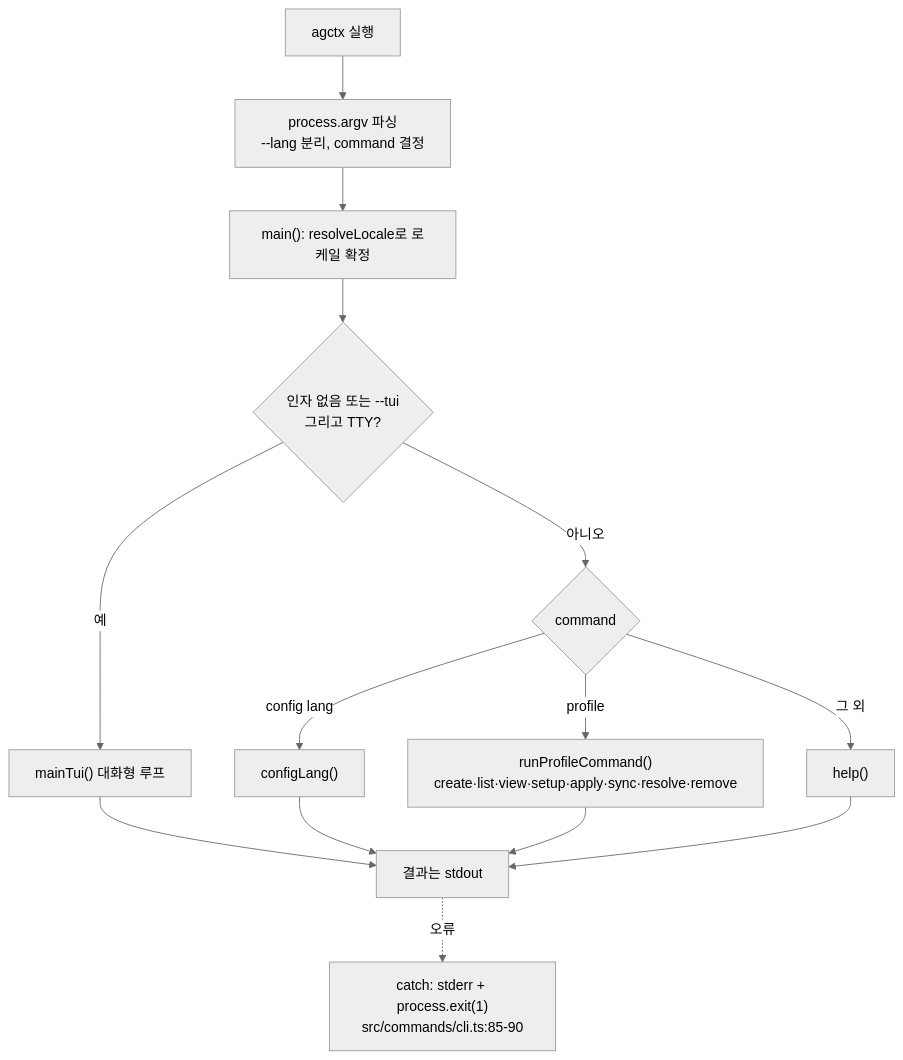
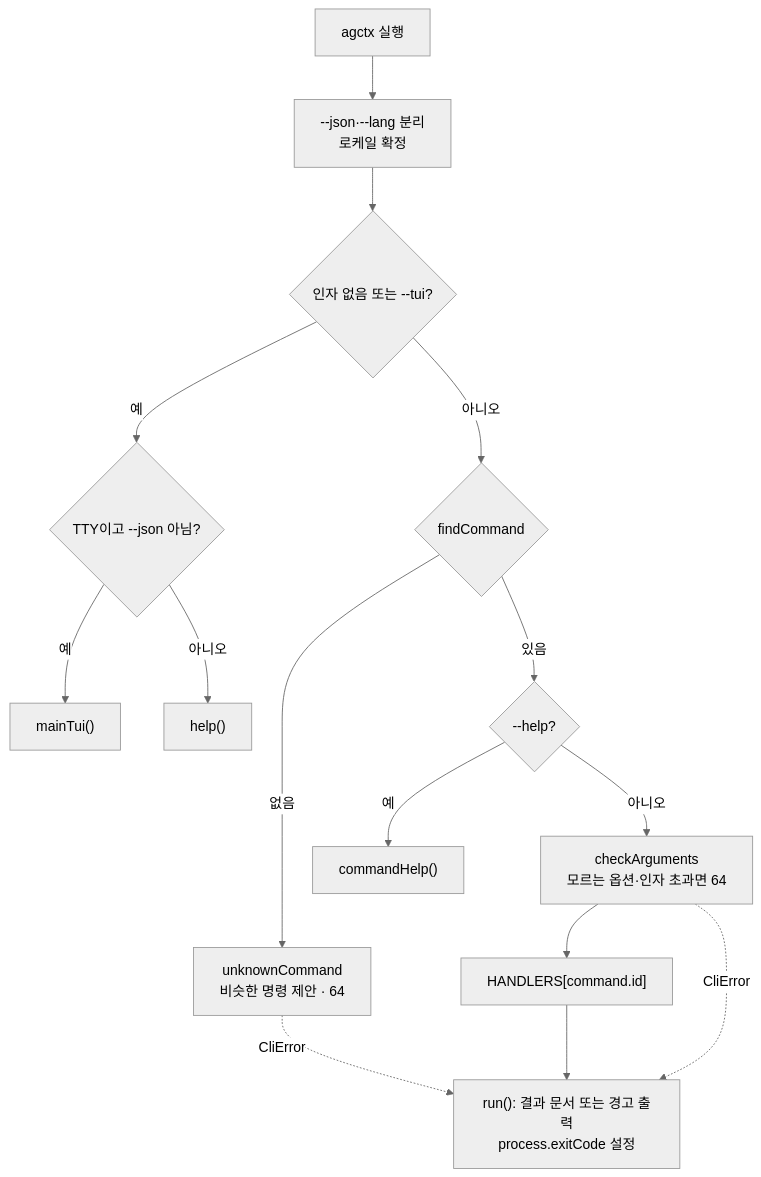
One commit to IsthisLee/agent-context-manager changed the second of 11 diagrams in docs/architecture/implementation-mechanics.md. Above: the diagram before and after it, drawn with Mermaid (neutral theme). The commit also changed other lines of this file and 60 other files, not shown here.

````diff
--- a/docs/architecture/implementation-mechanics.md
+++ b/docs/architecture/implementation-mechanics.md
@@ -78,16 +81,17 @@
 ```mermaid
 flowchart TD
-  A["agctx 실행"] --> B["process.argv 파싱<br/>--lang 분리, command 결정"]
-  B --> C["main(): resolveLocale로 로케일 확정"]
-  C --> D{"인자 없음 또는 --tui<br/>그리고 TTY?"}
-  D -->|"예"| TUI["mainTui() 대화형 루프"]
-  D -->|"아니오"| E{"command"}
-  E -->|"config lang"| LANG["configLang()"]
-  E -->|"profile"| PROF["runProfileCommand()<br/>create·list·view·setup·apply·sync·resolve·remove"]
-  E -->|"그 외"| HELP["help()"]
-  TUI --> Z["결과는 stdout"]
-  LANG --> Z
-  PROF --> Z
-  HELP --> Z
-  Z -.->|"오류"| ERR["catch: stderr + process.exit(1)<br/>src/commands/cli.ts:85-90"]
+  A["agctx 실행"] --> B["--json·--lang 분리<br/>로케일 확정"]
+  B --> C{"인자 없음 또는 --tui?"}
+  C -->|"예"| D{"TTY이고 --json 아님?"}
+  D -->|"예"| TUI["mainTui()"]
+  D -->|"아니오"| HELP["help()"]
+  C -->|"아니오"| F{"findCommand"}
+  F -->|"없음"| U["unknownCommand<br/>비슷한 명령 제안 · 64"]
+  F -->|"있음"| G{"--help?"}
+  G -->|"예"| CH["commandHelp()"]
+  G -->|"아니오"| K["checkArguments<br/>모르는 옵션·인자 초과면 64"]
+  K --> H["HANDLERS[command.id]"]
+  H --> R["run(): 결과 문서 또는 경고 출력<br/>process.exitCode 설정"]
+  U -.->|"CliError"| R
+  K -.->|"CliError"| R
 ```
````
